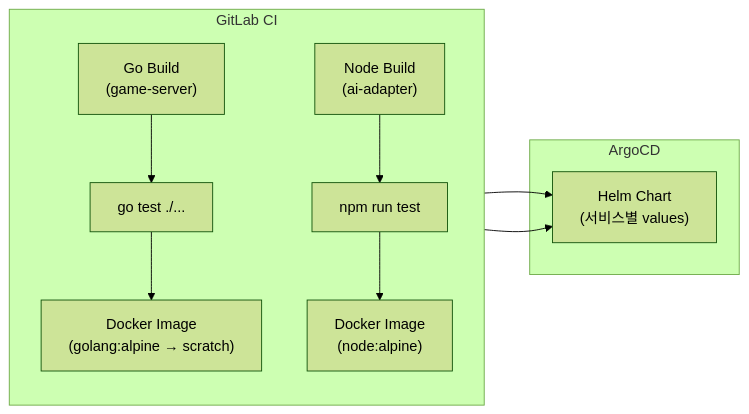
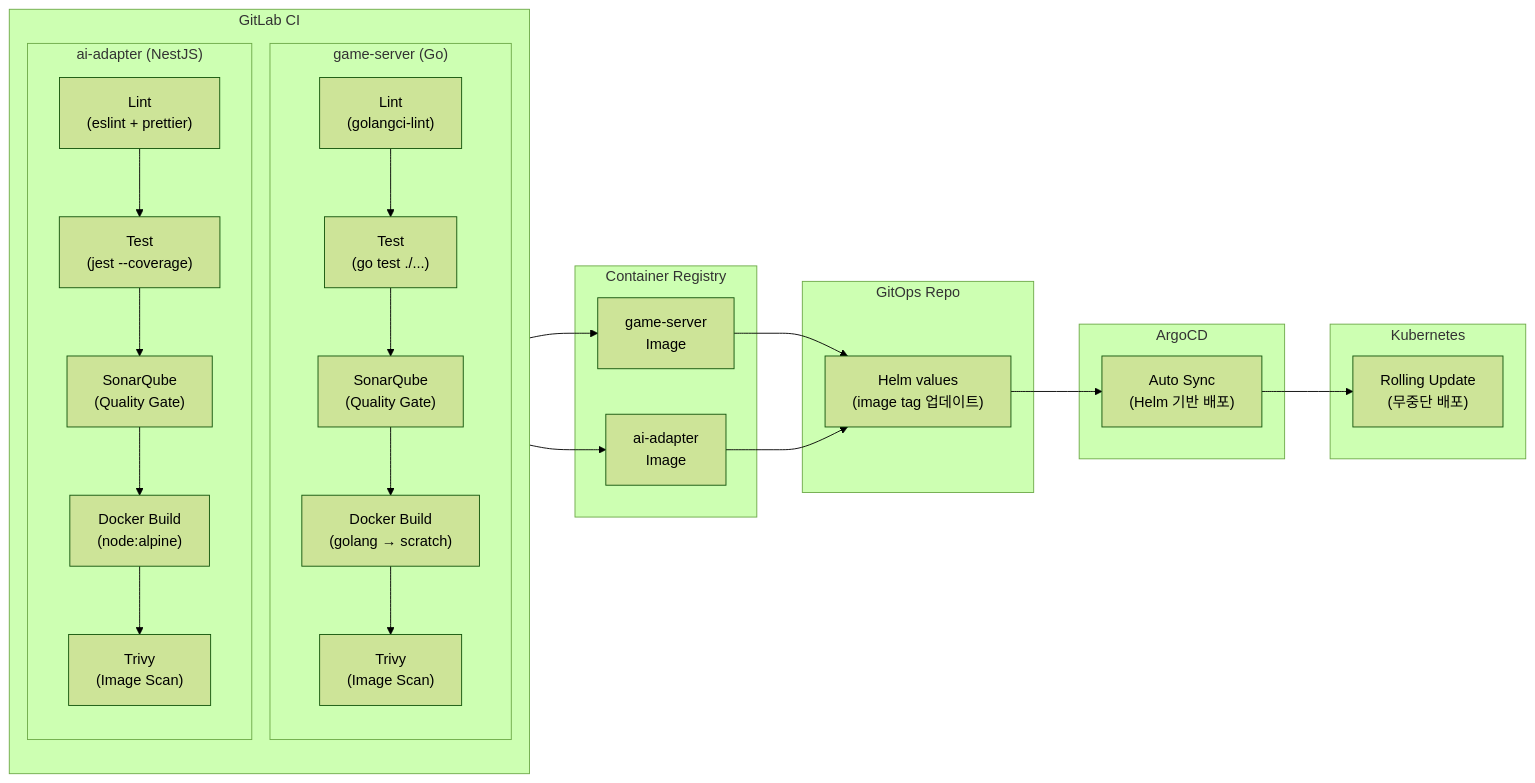
Diagram 12 of 12 in docs/02-design/01-architecture.md (k82022603/RummiArena), drawn with Mermaid (forest theme) before and after one commit. The commit also changed other lines of this file, not shown here.

Commit message:
아키텍처 §9.5 CI/CD 파이프라인에 SonarQube/Trivy/ZAP 보안 게이트 추가
- 파이프라인 다이어그램: Lint→Test→SonarQube→Build→Trivy→Registry→GitOps→ArgoCD→K8s
- DevSecOps 보안 게이트 테이블 (SonarQube Quality Gate, Trivy CVE 스캔, OWASP ZAP)
- 전체 컨테이너 이미지 구성표 (7개 서비스)

````diff
--- a/docs/02-design/01-architecture.md
+++ b/docs/02-design/01-architecture.md
@@ -353,19 +353,48 @@
 ```mermaid
 flowchart LR
     subgraph CI["GitLab CI"]
         direction TB
-        GoBuild["Go Build\n(game-server)"]
-        NodeBuild["Node Build\n(ai-adapter)"]
-        GoBuild --> GoTest["go test ./..."]
-        NodeBuild --> NodeTest["npm run test"]
-        GoTest --> GoImage["Docker Image\n(golang:alpine → scratch)"]
-        NodeTest --> NodeImage["Docker Image\n(node:alpine)"]
+
+        subgraph GoPipeline["game-server (Go)"]
+            GoLint["Lint\n(golangci-lint)"]
+            GoTest["Test\n(go test ./...)"]
+            GoSonar["SonarQube\n(Quality Gate)"]
+            GoBuild["Docker Build\n(golang → scratch)"]
+            GoTrivy["Trivy\n(Image Scan)"]
+            GoLint --> GoTest --> GoSonar --> GoBuild --> GoTrivy
+        end
+
+        subgraph NodePipeline["ai-adapter (NestJS)"]
+            NodeLint["Lint\n(eslint + prettier)"]
+            NodeTest["Test\n(jest --coverage)"]
+            NodeSonar["SonarQube\n(Quality Gate)"]
+            NodeBuild["Docker Build\n(node:alpine)"]
+            NodeTrivy["Trivy\n(Image Scan)"]
+            NodeLint --> NodeTest --> NodeSonar --> NodeBuild --> NodeTrivy
+        end
+    end
+
+    subgraph Registry["Container Registry"]
+        GoImage["game-server\nImage"]
+        NodeImage["ai-adapter\nImage"]
+    end
+
+    subgraph GitOps["GitOps Repo"]
+        HelmValues["Helm values\n(image tag 업데이트)"]
     end
 
     subgraph CD["ArgoCD"]
-        Helm["Helm Chart\n(서비스별 values)"]
+        Sync["Auto Sync\n(Helm 기반 배포)"]
     end
 
-    GoImage --> Helm
-    NodeImage --> Helm
+    subgraph K8s["Kubernetes"]
+        Deploy["Rolling Update\n(무중단 배포)"]
+    end
+
+    GoTrivy --> GoImage
+    NodeTrivy --> NodeImage
+    GoImage --> HelmValues
+    NodeImage --> HelmValues
+    HelmValues --> Sync
+    Sync --> Deploy
 ```
````
